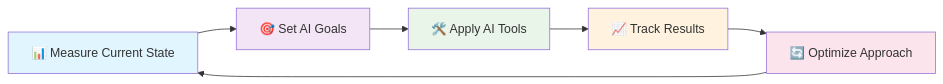
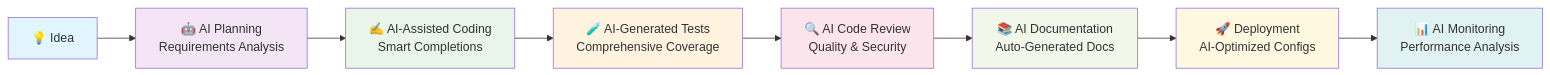
The sixth of 7 diagrams in docs/ai-dev-introduction.md (paulasilvatech/Code-AI-Dev), drawn with Mermaid before and after one commit. The commit also changed other lines of this file and 4 other files, not shown here.

````diff
--- a/docs/ai-dev-introduction.md
+++ b/docs/ai-dev-introduction.md
@@ -328,14 +399,19 @@
 ```mermaid
 graph LR
-    A[📊 Measure Current State] --> B[🎯 Set AI Goals]
-    B --> C[🛠️ Apply AI Tools]
-    C --> D[📈 Track Results]
-    D --> E[🔄 Optimize Approach]
-    E --> A
+    A[💡 Idea] --> B[🤖 AI Planning<br/>Requirements Analysis]
+    B --> C[✍️ AI-Assisted Coding<br/>Smart Completions]
+    C --> D[🧪 AI-Generated Tests<br/>Comprehensive Coverage]
+    D --> E[🔍 AI Code Review<br/>Quality & Security]
+    E --> F[📚 AI Documentation<br/>Auto-Generated Docs]
+    F --> G[🚀 Deployment<br/>AI-Optimized Configs]
+    G --> H[📊 AI Monitoring<br/>Performance Analysis]
     
     style A fill:#e1f5fe
     style B fill:#f3e5f5
     style C fill:#e8f5e8
     style D fill:#fff3e0
     style E fill:#fce4ec
+    style F fill:#f1f8e9
+    style G fill:#fff8e1
+    style H fill:#e0f2f1
 ```
````
